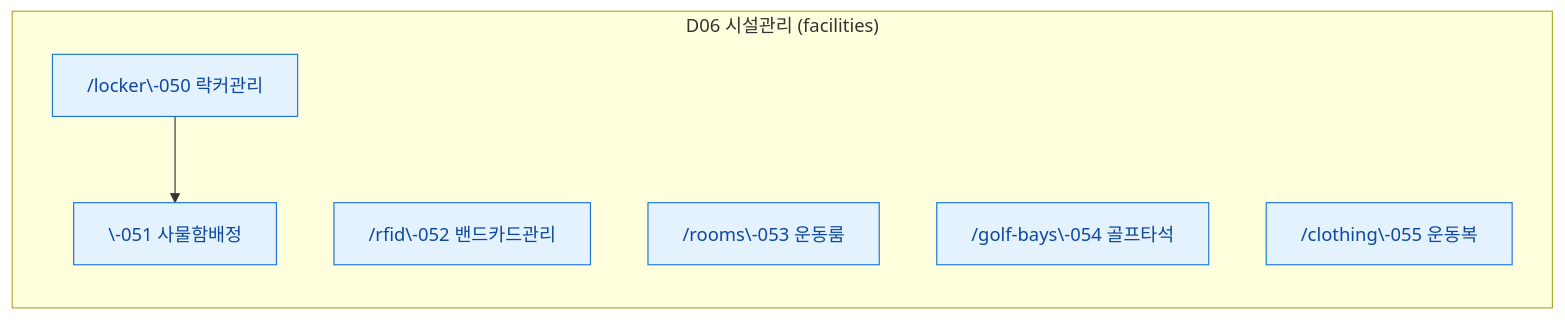
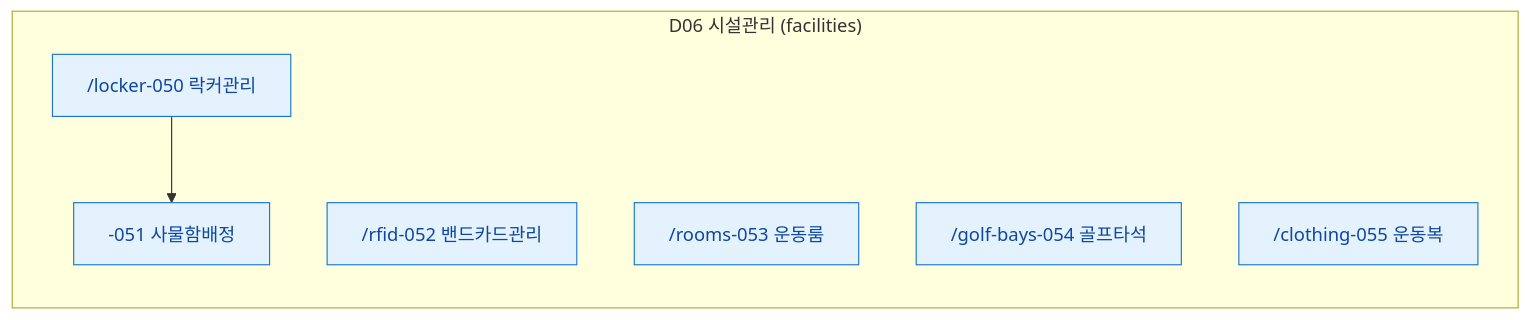
The seventh of 11 diagrams in docs/admin/다이어그램/00_사이트맵/N2_도메인별_사이트맵.md (dev-spogym/admin-pando), drawn with Mermaid before and after one commit. The commit also changed other lines of this file and 369 other files, not shown here.

````diff
--- a/docs/admin/다이어그램/00_사이트맵/N2_도메인별_사이트맵.md
+++ b/docs/admin/다이어그램/00_사이트맵/N2_도메인별_사이트맵.md
@@ -169,16 +169,16 @@
 ```mermaid
 flowchart LR
     subgraph D06["D06 시설관리 (facilities)"]
-        SCR050["/locker\-050 락커관리"]
-        SCR051["\-051 사물함배정"]
-        SCR052["/rfid\-052 밴드카드관리"]
-        SCR053["/rooms\-053 운동룸"]
-        SCR054["/golf-bays\-054 골프타석"]
-        SCR055["/clothing\-055 운동복"]
+        SCR050["/locker-050 락커관리"]
+        SCR051["-051 사물함배정"]
+        SCR052["/rfid-052 밴드카드관리"]
+        SCR053["/rooms-053 운동룸"]
+        SCR054["/golf-bays-054 골프타석"]
+        SCR055["/clothing-055 운동복"]
     end
 
     SCR050 --> SCR051
 
     classDef screen fill:#E3F2FD,stroke:#1976D2,color:#0D47A1
     class SCR050,SCR051,SCR052,SCR053,SCR054,SCR055 screen
 ```
````
